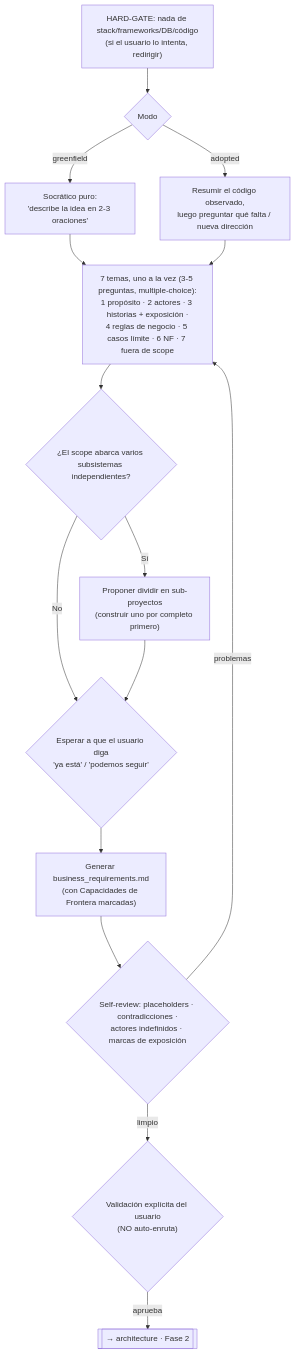
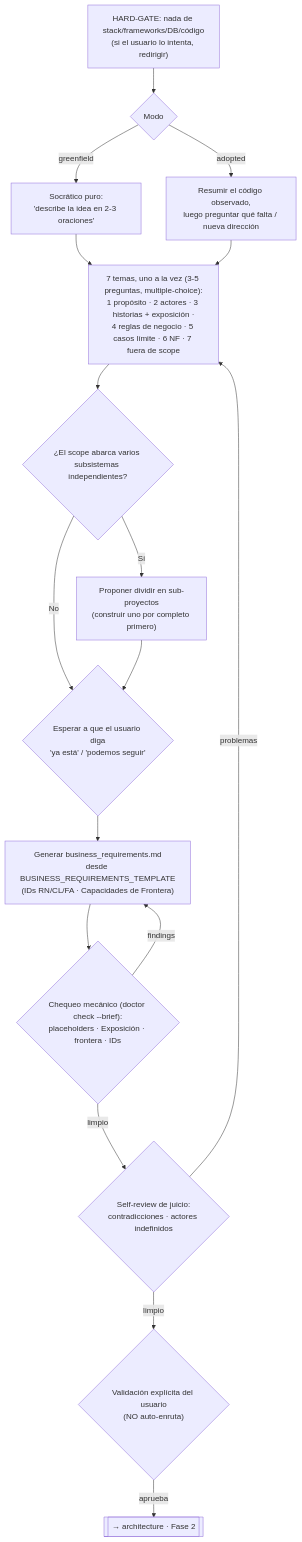
Before and after one commit to FerEscobarDev/Specture: the ninth of 19 diagrams in docs/execution-flows.md, drawn with Mermaid. The commit also changed other lines of this file and 1 other file, not shown here.

Commit message:
docs: user-facing documentation for Milestone 2
- README: repo tree gains build/EPIC_LOOP.md and
  BUSINESS_REQUIREMENTS_TEMPLATE.md; Las 5 Fases discover row (template +
  stable IDs + mechanical exit check); /specture:discover output; and
  /specture:architecture now honestly says all three documents are gated
  (ROADMAP included); /specture:doctor check enumeration gains the
  requirements lint and spec-section; specture-router section and agents
  table reflect the strict PHASE/SKILL output; Copilot usage step 3
- execution-flows §4.2: discover gains the mechanical-check gate before the
  judgment self-review; §4.9 (new-feature): Step 1 draft merged and deleted
  in Step 4 with the per-section markers

````diff
--- a/docs/execution-flows.md
+++ b/docs/execution-flows.md
@@ -275,17 +275,19 @@
 ```mermaid
 flowchart TD
     G["HARD-GATE: nada de stack/frameworks/DB/código<br/>(si el usuario lo intenta, redirigir)"] --> M{"Modo"}
     M -->|"greenfield"| S["Socrático puro:<br/>'describe la idea en 2-3 oraciones'"]
     M -->|"adopted"| S2["Resumir el código observado,<br/>luego preguntar qué falta / nueva dirección"]
     S --> T
     S2 --> T["7 temas, uno a la vez (3-5 preguntas, multiple-choice):<br/>1 propósito · 2 actores · 3 historias + exposición ·<br/>4 reglas de negocio · 5 casos límite · 6 NF · 7 fuera de scope"]
     T --> DC{"¿El scope abarca varios subsistemas independientes?"}
     DC -->|Sí| SPLIT["Proponer dividir en sub-proyectos<br/>(construir uno por completo primero)"]
     DC -->|No| AG{"Esperar a que el usuario diga<br/>'ya está' / 'podemos seguir'"}
     SPLIT --> AG
-    AG --> D1["Generar business_requirements.md<br/>(con Capacidades de Frontera marcadas)"]
-    D1 --> D2{"Self-review: placeholders · contradicciones ·<br/>actores indefinidos · marcas de exposición"}
-    D2 -->|"problemas"| T
-    D2 -->|"limpio"| D3{"Validación explícita del usuario<br/>(NO auto-enruta)"}
+    AG --> D1["Generar business_requirements.md<br/>desde BUSINESS_REQUIREMENTS_TEMPLATE<br/>(IDs RN/CL/FA · Capacidades de Frontera)"]
+    D1 --> D2{"Chequeo mecánico (doctor check --brief):<br/>placeholders · Exposición · frontera · IDs"}
+    D2 -->|"findings"| D1
+    D2 -->|"limpio"| D2b{"Self-review de juicio:<br/>contradicciones · actores indefinidos"}
+    D2b -->|"problemas"| T
+    D2b -->|"limpio"| D3{"Validación explícita del usuario<br/>(NO auto-enruta)"}
     D3 -->|"aprueba"| ARCH[["→ architecture · Fase 2"]]
 ```
````
